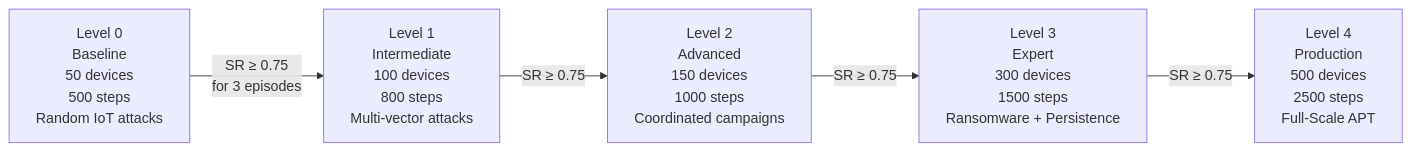
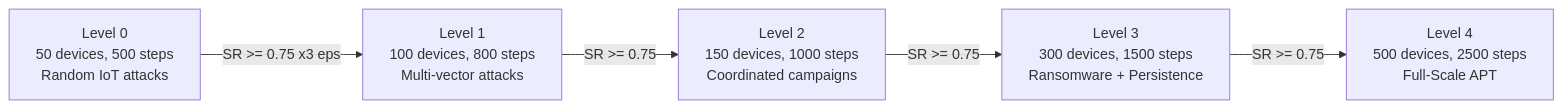
One commit to didi-09/AI_DRIVEN_SOAR changed diagram 11 of 15 in README.md. Above: the diagram before and after it, drawn with Mermaid. The commit also changed other lines of this file, not shown here.

````diff
--- a/README.md
+++ b/README.md
@@ -388,13 +356,13 @@
 ```mermaid
 flowchart LR
-    L0["Level 0\nBaseline\n50 devices\n500 steps\nRandom IoT attacks"]
-    L1["Level 1\nIntermediate\n100 devices\n800 steps\nMulti-vector attacks"]
-    L2["Level 2\nAdvanced\n150 devices\n1000 steps\nCoordinated campaigns"]
-    L3["Level 3\nExpert\n300 devices\n1500 steps\nRansomware + Persistence"]
-    L4["Level 4\nProduction\n500 devices\n2500 steps\nFull-Scale APT"]
+    L0["Level 0<br/>50 devices, 500 steps<br/>Random IoT attacks"]
+    L1["Level 1<br/>100 devices, 800 steps<br/>Multi-vector attacks"]
+    L2["Level 2<br/>150 devices, 1000 steps<br/>Coordinated campaigns"]
+    L3["Level 3<br/>300 devices, 1500 steps<br/>Ransomware + Persistence"]
+    L4["Level 4<br/>500 devices, 2500 steps<br/>Full-Scale APT"]
 
-    L0 -->|"SR ≥ 0.75\nfor 3 episodes"| L1
-    L1 -->|"SR ≥ 0.75"| L2
-    L2 -->|"SR ≥ 0.75"| L3
-    L3 -->|"SR ≥ 0.75"| L4
+    L0 -->|"SR >= 0.75 x3 eps"| L1
+    L1 -->|"SR >= 0.75"| L2
+    L2 -->|"SR >= 0.75"| L3
+    L3 -->|"SR >= 0.75"| L4
 ```
````
